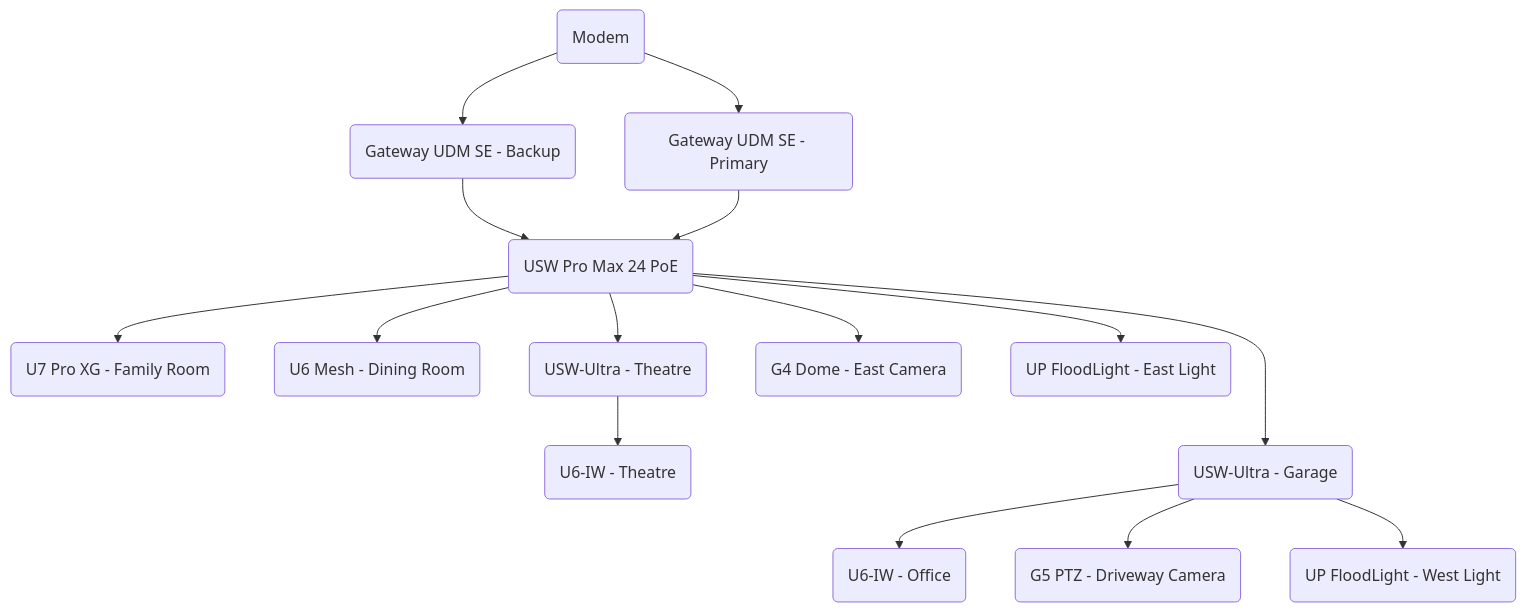
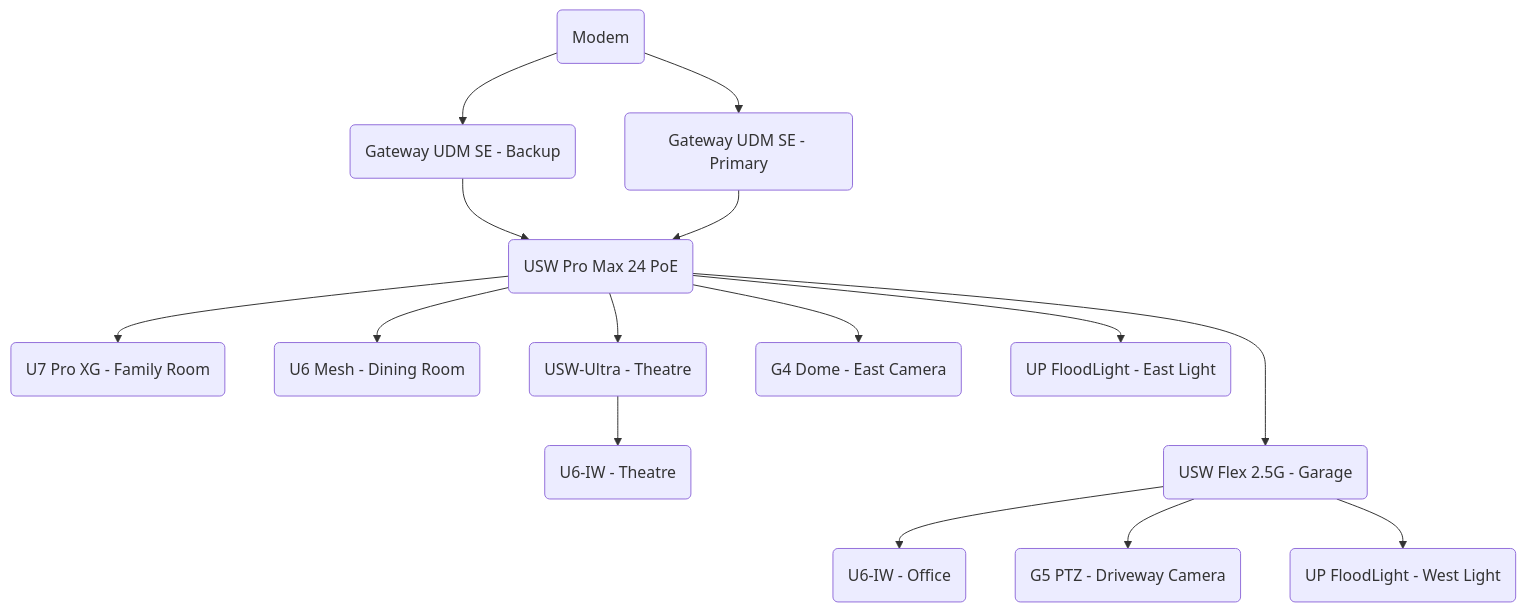
Before and after one commit to jaredfiorali/infrastructure: the third of 3 diagrams in README.md, drawn with Mermaid. The commit also changed other lines of this file, not shown here.

````diff
--- a/README.md
+++ b/README.md
@@ -183,17 +188,17 @@
 ```mermaid
 graph TD
     A(Modem) --> B(Gateway UDM SE - Backup)
     A(Modem) --> C(Gateway UDM SE - Primary)
     B(Gateway UDM SE - Backup) --> D(USW Pro Max 24 PoE)
     C(Gateway UDM SE - Primary) --> D(USW Pro Max 24 PoE)
     D(USW Pro Max 24 PoE) --> E(U7 Pro XG - Family Room)
     D(USW Pro Max 24 PoE) --> F(U6 Mesh - Dining Room)
     D(USW Pro Max 24 PoE) --> G(USW-Ultra - Theatre)
     G(USW-Ultra - Theatre) --> H(U6-IW - Theatre)
     D(USW Pro Max 24 PoE) --> I(G4 Dome - East Camera)
     D(USW Pro Max 24 PoE) --> J(UP FloodLight - East Light)
-    D(USW Pro Max 24 PoE) ---> K(USW-Ultra - Garage)
-    K(USW-Ultra - Garage) --> L(U6-IW - Office)
-    K(USW-Ultra - Garage) --> M(G5 PTZ - Driveway Camera)
-    K(USW-Ultra - Garage) --> N(UP FloodLight - West Light)
+    D(USW Pro Max 24 PoE) ---> K(USW Flex 2.5G - Garage)
+    K(USW Flex 2.5G - Garage) --> L(U6-IW - Office)
+    K(USW Flex 2.5G - Garage) --> M(G5 PTZ - Driveway Camera)
+    K(USW Flex 2.5G - Garage) --> N(UP FloodLight - West Light)
 ```
````
